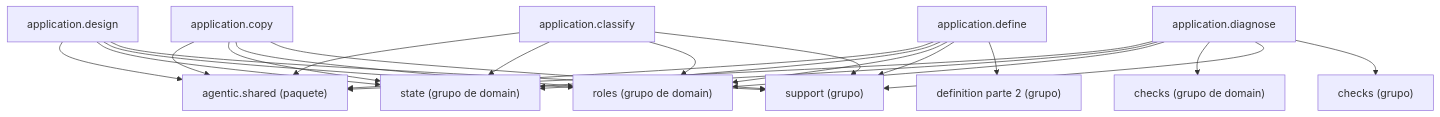
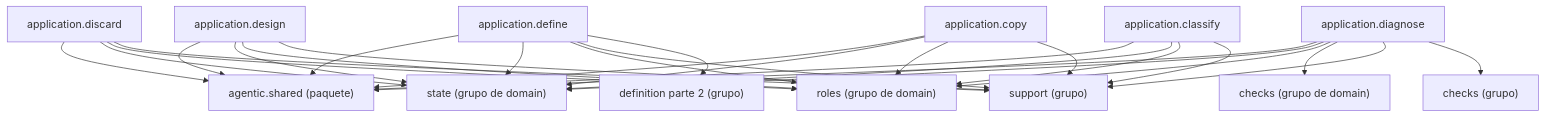
The diagram in docs/architecture/generated/packages-process-application-definition-1.md (GonzaloZevallos/agentic-system), drawn with Mermaid before and after one commit. The commit also changed 3 other files, not shown here.

Commit message:
Register interview_drawing in the definition cluster and regenerate the architecture docs

````diff
--- a/docs/architecture/generated/packages-process-application-definition-1.md
+++ b/docs/architecture/generated/packages-process-application-definition-1.md
@@ -17,38 +17,43 @@
 ```mermaid
 graph TD
     g_application__checks["checks (grupo)"]
     g_application__definition__2["definition parte 2 (grupo)"]
     g_application__support["support (grupo)"]
     g_domain__checks["checks (grupo de domain)"]
     g_domain__roles["roles (grupo de domain)"]
     g_domain__state["state (grupo de domain)"]
     g_pkg__agentic__shared["agentic.shared (paquete)"]
     m_application__classify["application.classify"]
     m_application__copy["application.copy"]
     m_application__define["application.define"]
     m_application__design["application.design"]
     m_application__diagnose["application.diagnose"]
+    m_application__discard["application.discard"]
     m_application__classify --> g_application__support
     m_application__classify --> g_domain__roles
     m_application__classify --> g_domain__state
     m_application__classify --> g_pkg__agentic__shared
     m_application__copy --> g_application__support
     m_application__copy --> g_domain__roles
     m_application__copy --> g_domain__state
     m_application__copy --> g_pkg__agentic__shared
     m_application__define --> g_application__definition__2
     m_application__define --> g_application__support
     m_application__define --> g_domain__roles
     m_application__define --> g_domain__state
     m_application__define --> g_pkg__agentic__shared
     m_application__design --> g_application__support
     m_application__design --> g_domain__roles
     m_application__design --> g_domain__state
     m_application__design --> g_pkg__agentic__shared
     m_application__diagnose --> g_application__checks
     m_application__diagnose --> g_application__support
     m_application__diagnose --> g_domain__checks
     m_application__diagnose --> g_domain__roles
     m_application__diagnose --> g_domain__state
     m_application__diagnose --> g_pkg__agentic__shared
+    m_application__discard --> g_application__support
+    m_application__discard --> g_domain__roles
+    m_application__discard --> g_domain__state
+    m_application__discard --> g_pkg__agentic__shared
 ```
````
